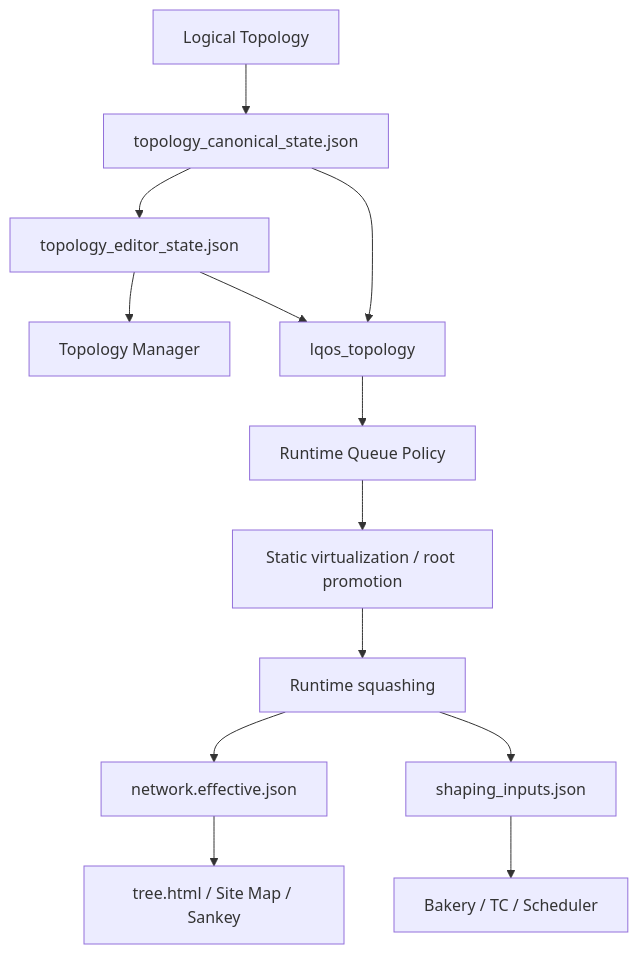
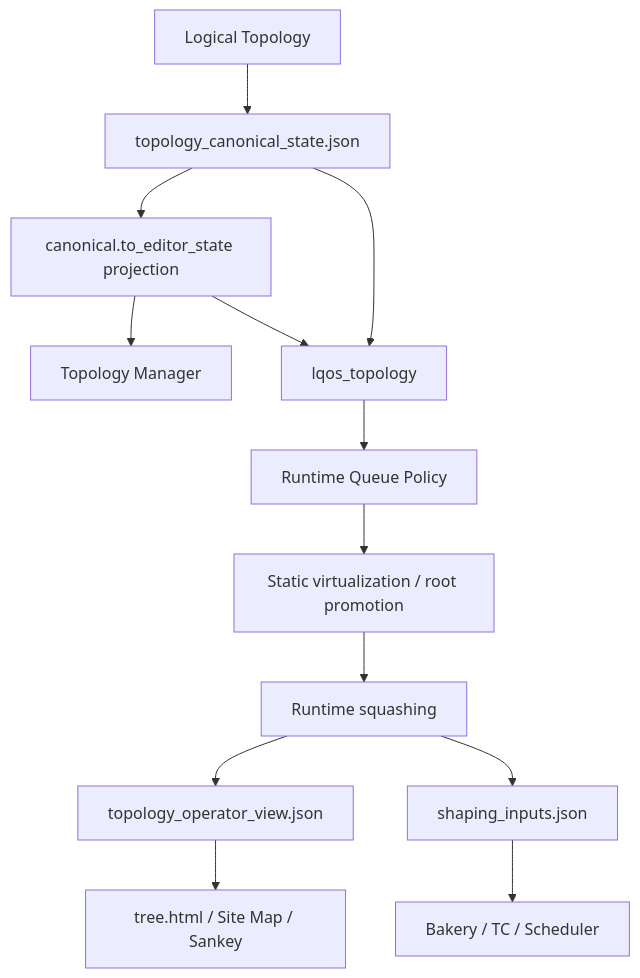
One commit to LibreQoE/LibreQoS changed the second of 5 diagrams in docs/v2.0/topology-data-flow.md. Above: the diagram before and after it, drawn with Mermaid. The commit also changed other lines of this file and 738 other files, not shown here.

````diff
--- a/docs/v2.0/topology-data-flow.md
+++ b/docs/v2.0/topology-data-flow.md
@@ -74,17 +76,17 @@
 ```{mermaid}
 flowchart TD
     A[Logical Topology] --> B[topology_canonical_state.json]
-    B --> C[topology_editor_state.json]
+    B --> C[canonical.to_editor_state projection]
     C --> D[Topology Manager]
 
     B --> E[lqos_topology]
     C --> E
     E --> F[Runtime Queue Policy]
     F --> G[Static virtualization / root promotion]
     G --> H[Runtime squashing]
-    H --> I[network.effective.json]
+    H --> I[topology_operator_view.json]
     H --> J[shaping_inputs.json]
 
     I --> K[tree.html / Site Map / Sankey]
     J --> L[Bakery / TC / Scheduler]
 ```
````
